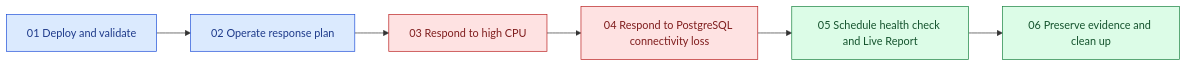
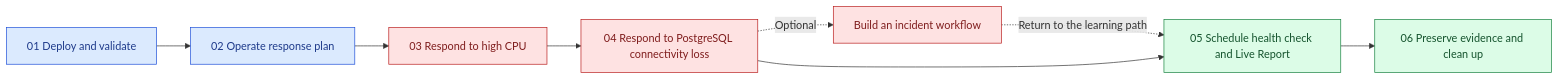
One commit to charliekw411/sre-agent-workshop changed the second of 2 diagrams in docs/index.md. Above: the diagram before and after it, drawn with Mermaid. The commit also changed other lines of this file and 17 other files, not shown here.

First line of the commit message:
Add optional Orders incident workflow module

````diff
--- a/docs/index.md
+++ b/docs/index.md
@@ -102,17 +102,19 @@
 ```mermaid
 flowchart LR
     M1[01 Deploy and validate]
     M1 --> M2[02 Operate response plan]
     M2 --> M3[03 Respond to high CPU]
     M3 --> M4[04 Respond to PostgreSQL connectivity loss]
+    M4 -.Optional.-> IW[Build an incident workflow]
+    IW -.Return to the learning path.-> M5
     M4 -->     M5[05 Schedule health check and Live Report]
     M5 --> M6[06 Preserve evidence and clean up]
 
     classDef setup fill:#dbeafe,stroke:#1d4ed8,color:#1e3a8a
     classDef incident fill:#fee2e2,stroke:#b91c1c,color:#7f1d1d
     classDef learn fill:#dcfce7,stroke:#15803d,color:#14532d
 
     class M1,M2 setup
-    class M3,M4 incident
+    class M3,M4,IW incident
     class M5,M6 learn
 ```
````
